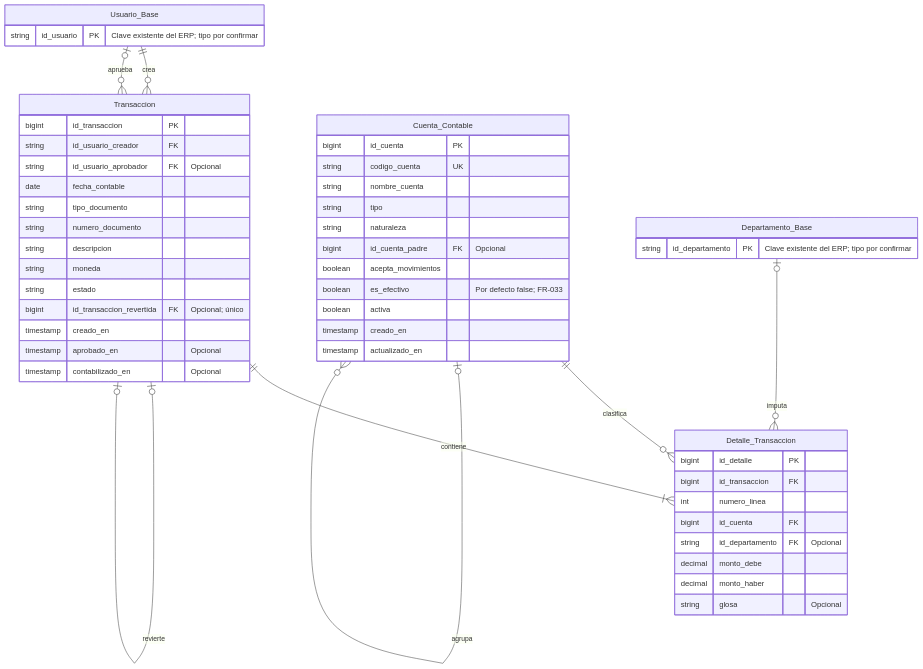
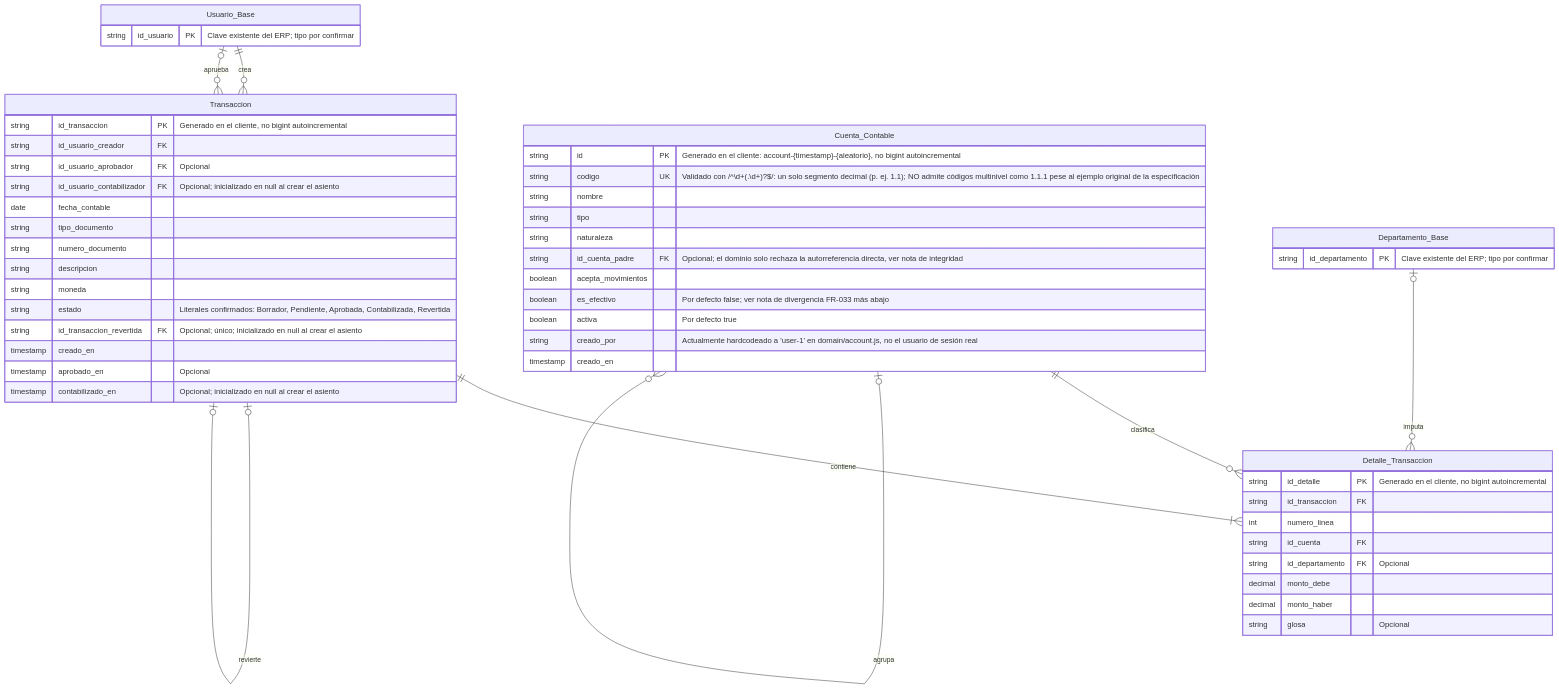
One commit to MDS-BI/Grupo-09 changed the diagram in specs/001-erp-base-module/data-model.md. Above: the diagram before and after it, drawn with Mermaid. The commit also changed other lines of this file and 83 other files, not shown here.

````diff
--- a/specs/001-erp-base-module/data-model.md
+++ b/specs/001-erp-base-module/data-model.md
@@ -11,59 +13,60 @@
 ```mermaid
 erDiagram
     Usuario_Base ||--o{ Transaccion : crea
     Usuario_Base o|--o{ Transaccion : aprueba
     Transaccion ||--|{ Detalle_Transaccion : contiene
     Cuenta_Contable ||--o{ Detalle_Transaccion : clasifica
     Departamento_Base o|--o{ Detalle_Transaccion : imputa
     Cuenta_Contable o|--o{ Cuenta_Contable : agrupa
     Transaccion o|--o| Transaccion : revierte
 
     Usuario_Base {
         string id_usuario PK "Clave existente del ERP; tipo por confirmar"
     }
 
     Departamento_Base {
         string id_departamento PK "Clave existente del ERP; tipo por confirmar"
     }
 
     Cuenta_Contable {
-        bigint id_cuenta PK
-        string codigo_cuenta UK
-        string nombre_cuenta
+        string id PK "Generado en el cliente: account-{timestamp}-{aleatorio}, no bigint autoincremental"
+        string codigo UK "Validado con /^\d+(\.\d+)?$/: un solo segmento decimal (p. ej. 1.1); NO admite códigos multinivel como 1.1.1 pese al ejemplo original de la especificación"
+        string nombre
         string tipo
         string naturaleza
-        bigint id_cuenta_padre FK "Opcional"
+        string id_cuenta_padre FK "Opcional; el dominio solo rechaza la autorreferencia directa, ver nota de integridad"
         boolean acepta_movimientos
-        boolean es_efectivo "Por defecto false; FR-033"
-        boolean activa
+        boolean es_efectivo "Por defecto false; ver nota de divergencia FR-033 más abajo"
+        boolean activa "Por defecto true"
+        string creado_por "Actualmente hardcodeado a 'user-1' en domain/account.js, no el usuario de sesión real"
         timestamp creado_en
-        timestamp actualizado_en
     }
 
     Transaccion {
-        bigint id_transaccion PK
+        string id_transaccion PK "Generado en el cliente, no bigint autoincremental"
         string id_usuario_creador FK
         string id_usuario_aprobador FK "Opcional"
+        string id_usuario_contabilizador FK "Opcional; inicializado en null al crear el asiento"
         date fecha_contable
         string tipo_documento
         string numero_documento
         string descripcion
         string moneda
-        string estado
-        bigint id_transaccion_revertida FK "Opcional; único"
+        string estado "Literales confirmados: Borrador, Pendiente, Aprobada, Contabilizada, Revertida"
+        string id_transaccion_revertida FK "Opcional; único; inicializado en null al crear el asiento"
         timestamp creado_en
         timestamp aprobado_en "Opcional"
-        timestamp contabilizado_en "Opcional"
+        timestamp contabilizado_en "Opcional; inicializado en null al crear el asiento"
     }
 
     Detalle_Transaccion {
-        bigint id_detalle PK
-        bigint id_transaccion FK
+        string id_detalle PK "Generado en el cliente, no bigint autoincremental"
+        string id_transaccion FK
         int numero_linea
-        bigint id_cuenta FK
+        string id_cuenta FK
         string id_departamento FK "Opcional"
         decimal monto_debe
         decimal monto_haber
         string glosa "Opcional"
     }
 ```
````
